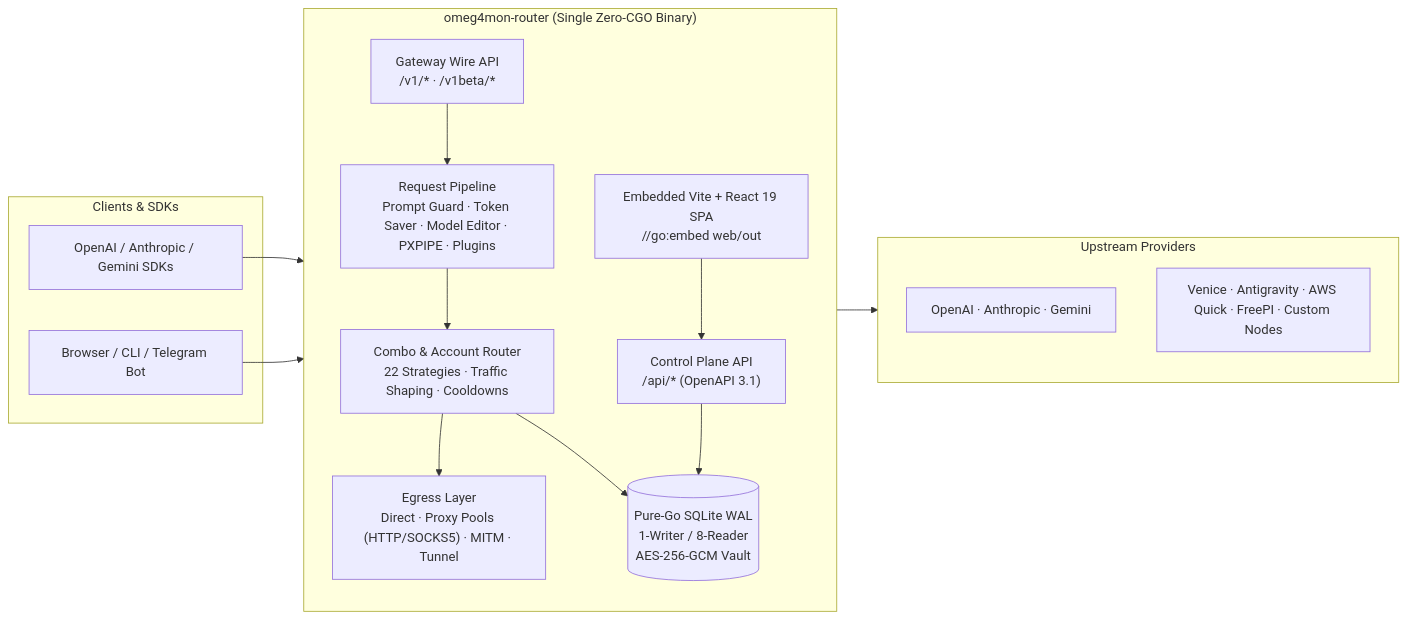
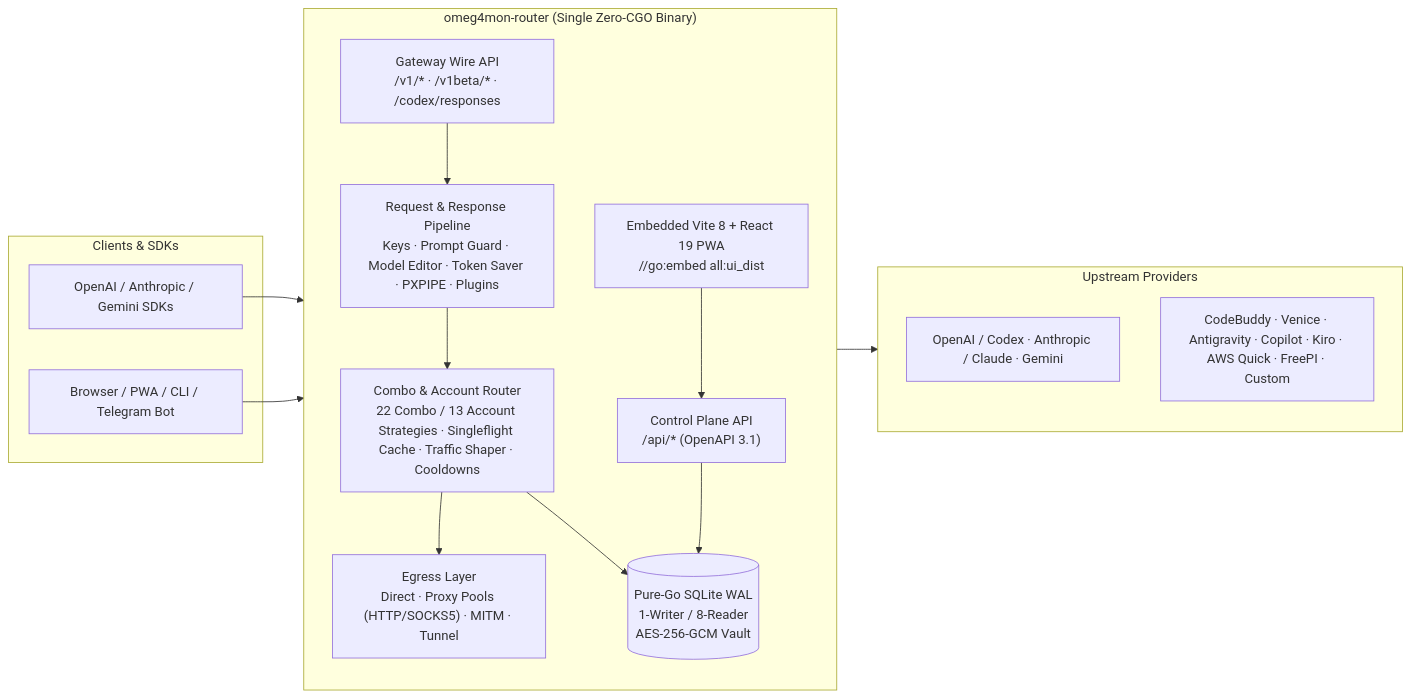
One commit to omeg4monx/router-gateway changed the diagram in README.md. Above: the diagram before and after it, drawn with Mermaid. The commit also changed other lines of this file, not shown here.

Commit message:
docs(readme): sync features and gateway routes

````diff
--- a/README.md
+++ b/README.md
@@ -39,31 +39,31 @@
 ```mermaid
 flowchart LR
     subgraph Clients["Clients & SDKs"]
         C1["OpenAI / Anthropic / Gemini SDKs"]
-        C2["Browser / CLI / Telegram Bot"]
+        C2["Browser / PWA / CLI / Telegram Bot"]
     end
 
     subgraph Binary["omeg4mon-router (Single Zero-CGO Binary)"]
         direction TB
-        GW["Gateway Wire API<br/>/v1/* · /v1beta/*"]
+        GW["Gateway Wire API<br/>/v1/* · /v1beta/* · /codex/responses"]
         CP["Control Plane API<br/>/api/* (OpenAPI 3.1)"]
-        UI["Embedded Vite + React 19 SPA<br/>//go:embed web/out"]
+        UI["Embedded Vite 8 + React 19 PWA<br/>//go:embed all:ui_dist"]
 
-        PIPE["Request Pipeline<br/>Prompt Guard · Token Saver · Model Editor · PXPIPE · Plugins"]
-        ROUTE["Combo & Account Router<br/>22 Strategies · Traffic Shaping · Cooldowns"]
+        PIPE["Request & Response Pipeline<br/>Keys · Prompt Guard · Model Editor · Token Saver · PXPIPE · Plugins"]
+        ROUTE["Combo & Account Router<br/>22 Combo / 13 Account Strategies · Singleflight Cache · Traffic Shaper · Cooldowns"]
         EGRESS["Egress Layer<br/>Direct · Proxy Pools (HTTP/SOCKS5) · MITM · Tunnel"]
         STORE[("Pure-Go SQLite WAL<br/>1-Writer / 8-Reader<br/>AES-256-GCM Vault")]
     end
 
     subgraph Upstreams["Upstream Providers"]
-        P1["OpenAI · Anthropic · Gemini"]
-        P2["Venice · Antigravity · AWS Quick · FreePI · Custom Nodes"]
+        P1["OpenAI / Codex · Anthropic / Claude · Gemini"]
+        P2["CodeBuddy · Venice · Antigravity · Copilot · Kiro · AWS Quick · FreePI · Custom"]
     end
 
     C1 --> GW
     C2 --> UI
     UI --> CP
     GW --> PIPE --> ROUTE --> EGRESS --> Upstreams
     CP --> STORE
     ROUTE --> STORE
 ```
````
